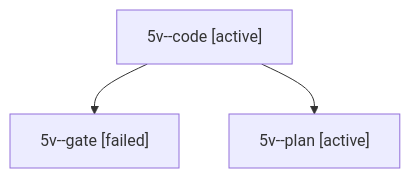
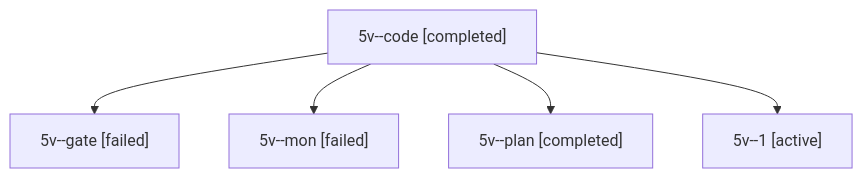
Before and after one commit to bobs-org/bob-cli--agents: the diagram in sessions/bbugyi200.apollo.5v.md, drawn with Mermaid. The commit also changed other lines of this file and 29 other files, not shown here.

````diff
--- a/sessions/bbugyi200.apollo.5v.md
+++ b/sessions/bbugyi200.apollo.5v.md
@@ -9,8 +9,12 @@
 ```mermaid
 flowchart TD
-  n0["5v--code [active]"]
+  n0["5v--code [completed]"]
   n1["5v--gate [failed]"]
   n0 --> n1
-  n2["5v--plan [active]"]
+  n2["5v--mon [failed]"]
   n0 --> n2
+  n3["5v--plan [completed]"]
+  n0 --> n3
+  n4["5v--1 [active]"]
+  n0 --> n4
 ```
````
